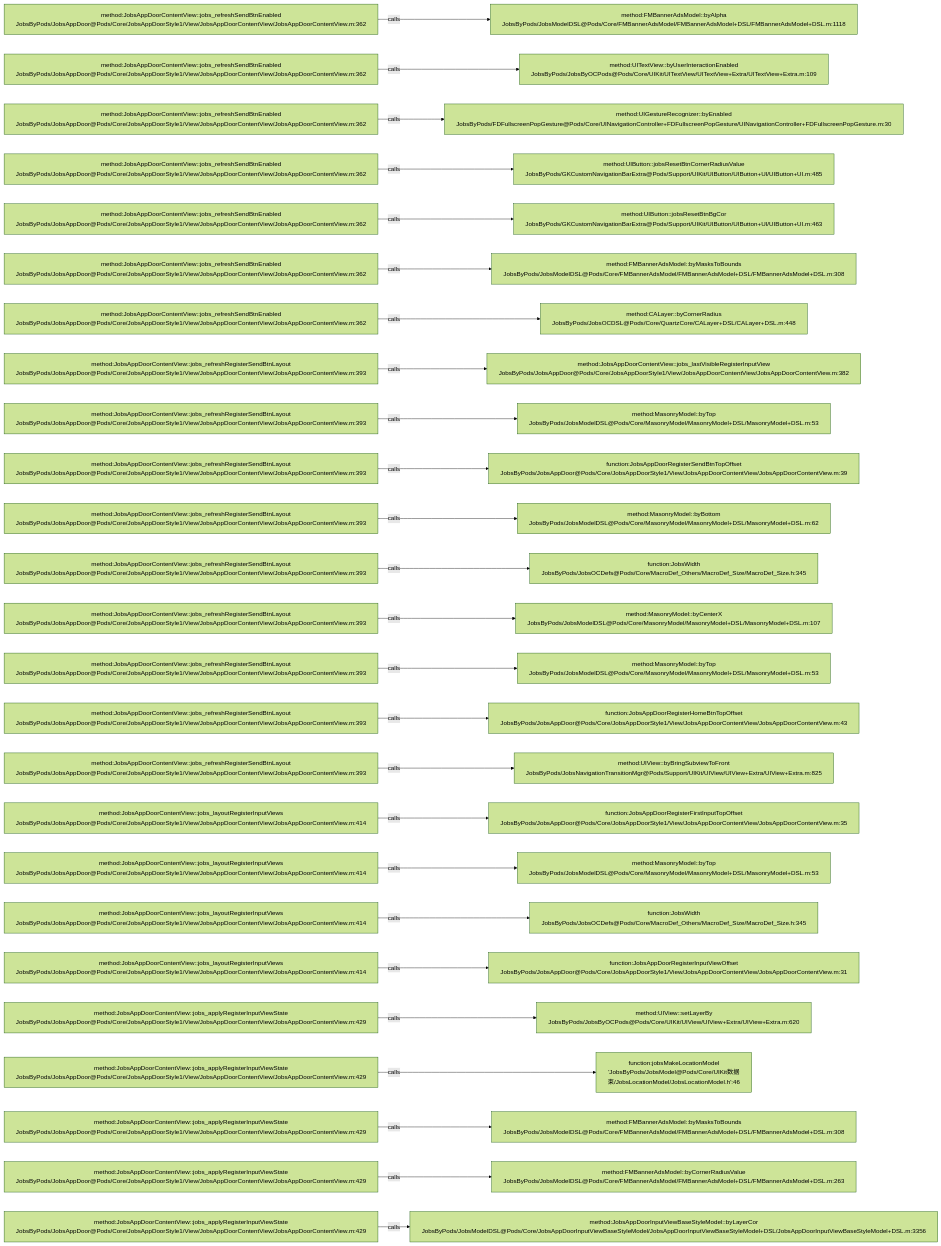
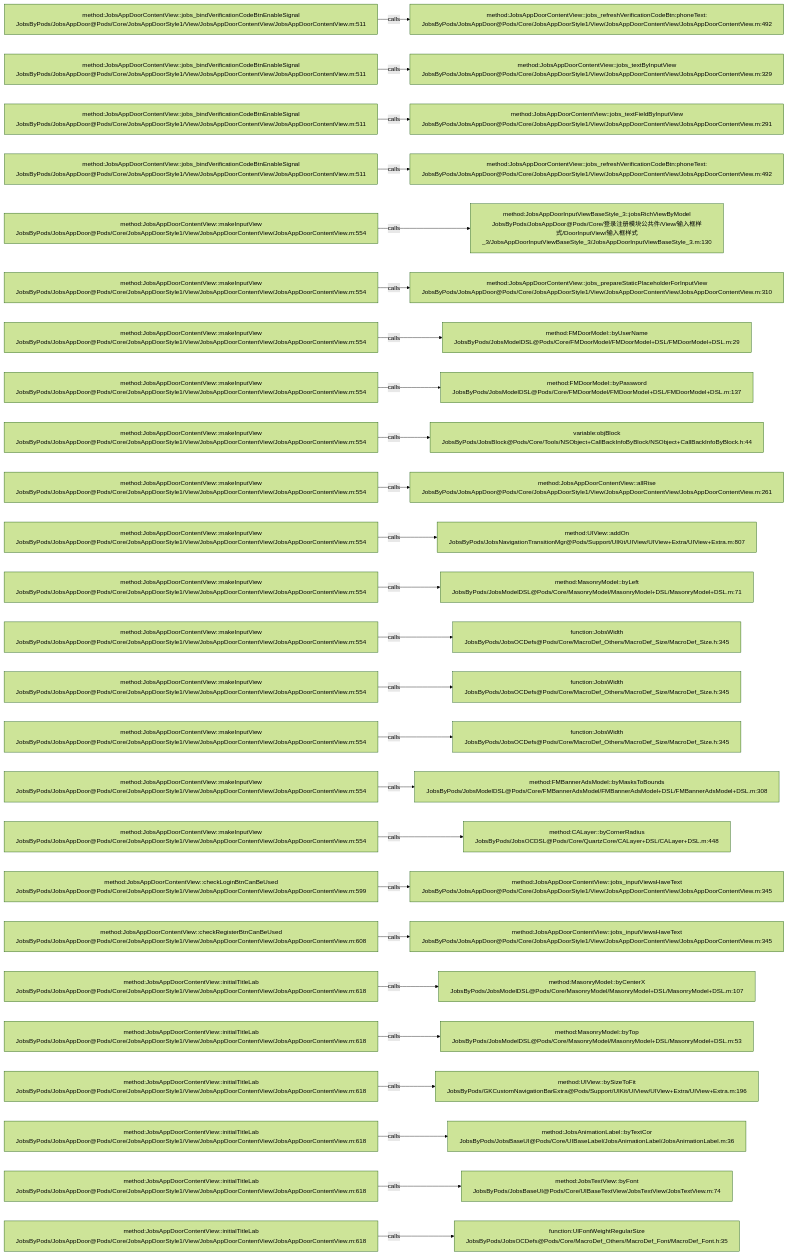
One commit to JobsKits/JobsOCBaseConfigDemo changed the diagram in .codegraph/codegraph.md/graphs/calls-092.md. Above: the diagram before and after it, drawn with Mermaid (forest theme). The commit also changed 223 other files, not shown here.

````diff
--- a/.codegraph/codegraph.md/graphs/calls-092.md
+++ b/.codegraph/codegraph.md/graphs/calls-092.md
@@ -13,78 +13,78 @@
 ```mermaid
 flowchart LR
-  S1["method:JobsAppDoorContentView::jobs_refreshSendBtnEnabled<br/>JobsByPods/JobsAppDoor@Pods/Core/JobsAppDoorStyle1/View/JobsAppDoorContentView/JobsAppDoorContentView.m:362"]
-  T1["method:FMBannerAdsModel::byAlpha<br/>JobsByPods/JobsModelDSL@Pods/Core/FMBannerAdsModel/FMBannerAdsModel+DSL/FMBannerAdsModel+DSL.m:1118"]
+  S1["method:JobsAppDoorContentView::jobs_bindVerificationCodeBtnEnableSignal<br/>JobsByPods/JobsAppDoor@Pods/Core/JobsAppDoorStyle1/View/JobsAppDoorContentView/JobsAppDoorContentView.m:511"]
+  T1["method:JobsAppDoorContentView::jobs_refreshVerificationCodeBtn:phoneText:<br/>JobsByPods/JobsAppDoor@Pods/Core/JobsAppDoorStyle1/View/JobsAppDoorContentView/JobsAppDoorContentView.m:492"]
   S1 -->|calls| T1
-  S2["method:JobsAppDoorContentView::jobs_refreshSendBtnEnabled<br/>JobsByPods/JobsAppDoor@Pods/Core/JobsAppDoorStyle1/View/JobsAppDoorContentView/JobsAppDoorContentView.m:362"]
-  T2["method:UITextView::byUserInteractionEnabled<br/>JobsByPods/JobsByOCPods@Pods/Core/UIKit/UITextView/UITextView+Extra/UITextView+Extra.m:109"]
+  S2["method:JobsAppDoorContentView::jobs_bindVerificationCodeBtnEnableSignal<br/>JobsByPods/JobsAppDoor@Pods/Core/JobsAppDoorStyle1/View/JobsAppDoorContentView/JobsAppDoorContentView.m:511"]
+  T2["method:JobsAppDoorContentView::jobs_textByInputView<br/>JobsByPods/JobsAppDoor@Pods/Core/JobsAppDoorStyle1/View/JobsAppDoorContentView/JobsAppDoorContentView.m:329"]
   S2 -->|calls| T2
-  S3["method:JobsAppDoorContentView::jobs_refreshSendBtnEnabled<br/>JobsByPods/JobsAppDoor@Pods/Core/JobsAppDoorStyle1/View/JobsAppDoorContentView/JobsAppDoorContentView.m:362"]
-  T3["method:UIGestureRecognizer::byEnabled<br/>JobsByPods/FDFullscreenPopGesture@Pods/Core/UINavigationController+FDFullscreenPopGesture/UINavigationController+FDFullscreenPopGesture.m:30"]
+  S3["method:JobsAppDoorContentView::jobs_bindVerificationCodeBtnEnableSignal<br/>JobsByPods/JobsAppDoor@Pods/Core/JobsAppDoorStyle1/View/JobsAppDoorContentView/JobsAppDoorContentView.m:511"]
+  T3["method:JobsAppDoorContentView::jobs_textFieldByInputView<br/>JobsByPods/JobsAppDoor@Pods/Core/JobsAppDoorStyle1/View/JobsAppDoorContentView/JobsAppDoorContentView.m:291"]
   S3 -->|calls| T3
-  S4["method:JobsAppDoorContentView::jobs_refreshSendBtnEnabled<br/>JobsByPods/JobsAppDoor@Pods/Core/JobsAppDoorStyle1/View/JobsAppDoorContentView/JobsAppDoorContentView.m:362"]
-  T4["method:UIButton::jobsResetBtnCornerRadiusValue<br/>JobsByPods/GKCustomNavigationBarExtra@Pods/Support/UIKit/UIButton/UIButton+UI/UIButton+UI.m:485"]
+  S4["method:JobsAppDoorContentView::jobs_bindVerificationCodeBtnEnableSignal<br/>JobsByPods/JobsAppDoor@Pods/Core/JobsAppDoorStyle1/View/JobsAppDoorContentView/JobsAppDoorContentView.m:511"]
+  T4["method:JobsAppDoorContentView::jobs_refreshVerificationCodeBtn:phoneText:<br/>JobsByPods/JobsAppDoor@Pods/Core/JobsAppDoorStyle1/View/JobsAppDoorContentView/JobsAppDoorContentView.m:492"]
   S4 -->|calls| T4
-  S5["method:JobsAppDoorContentView::jobs_refreshSendBtnEnabled<br/>JobsByPods/JobsAppDoor@Pods/Core/JobsAppDoorStyle1/View/JobsAppDoorContentView/JobsAppDoorContentView.m:362"]
-  T5["method:UIButton::jobsResetBtnBgCor<br/>JobsByPods/GKCustomNavigationBarExtra@Pods/Support/UIKit/UIButton/UIButton+UI/UIButton+UI.m:463"]
+  S5["method:JobsAppDoorContentView::makeInputView<br/>JobsByPods/JobsAppDoor@Pods/Core/JobsAppDoorStyle1/View/JobsAppDoorContentView/JobsAppDoorContentView.m:554"]
+  T5["method:JobsAppDoorInputViewBaseStyle_3::jobsRichViewByModel<br/>JobsByPods/JobsAppDoor@Pods/Core/登录注册模块公共件/View/输入框样式/DoorInputView/输入框样式_3/JobsAppDoorInputViewBaseStyle_3/JobsAppDoorInputViewBaseStyle_3.m:130"]
   S5 -->|calls| T5
-  S6["method:JobsAppDoorContentView::jobs_refreshSendBtnEnabled<br/>JobsByPods/JobsAppDoor@Pods/Core/JobsAppDoorStyle1/View/JobsAppDoorContentView/JobsAppDoorContentView.m:362"]
-  T6["method:FMBannerAdsModel::byMasksToBounds<br/>JobsByPods/JobsModelDSL@Pods/Core/FMBannerAdsModel/FMBannerAdsModel+DSL/FMBannerAdsModel+DSL.m:308"]
+  S6["method:JobsAppDoorContentView::makeInputView<br/>JobsByPods/JobsAppDoor@Pods/Core/JobsAppDoorStyle1/View/JobsAppDoorContentView/JobsAppDoorContentView.m:554"]
+  T6["method:JobsAppDoorContentView::jobs_prepareStaticPlaceholderForInputView<br/>JobsByPods/JobsAppDoor@Pods/Core/JobsAppDoorStyle1/View/JobsAppDoorContentView/JobsAppDoorContentView.m:310"]
   S6 -->|calls| T6
-  S7["method:JobsAppDoorContentView::jobs_refreshSendBtnEnabled<br/>JobsByPods/JobsAppDoor@Pods/Core/JobsAppDoorStyle1/View/JobsAppDoorContentView/JobsAppDoorContentView.m:362"]
-  T7["method:CALayer::byCornerRadius<br/>JobsByPods/JobsOCDSL@Pods/Core/QuartzCore/CALayer+DSL/CALayer+DSL.m:448"]
+  S7["method:JobsAppDoorContentView::makeInputView<br/>JobsByPods/JobsAppDoor@Pods/Core/JobsAppDoorStyle1/View/JobsAppDoorContentView/JobsAppDoorContentView.m:554"]
+  T7["method:FMDoorModel::byUserName<br/>JobsByPods/JobsModelDSL@Pods/Core/FMDoorModel/FMDoorModel+DSL/FMDoorModel+DSL.m:29"]
   S7 -->|calls| T7
-  S8["method:JobsAppDoorContentView::jobs_refreshRegisterSendBtnLayout<br/>JobsByPods/JobsAppDoor@Pods/Core/JobsAppDoorStyle1/View/JobsAppDoorContentView/JobsAppDoorContentView.m:393"]
-  T8["method:JobsAppDoorContentView::jobs_lastVisibleRegisterInputView<br/>JobsByPods/JobsAppDoor@Pods/Core/JobsAppDoorStyle1/View/JobsAppDoorContentView/JobsAppDoorContentView.m:382"]
+  S8["method:JobsAppDoorContentView::makeInputView<br/>JobsByPods/JobsAppDoor@Pods/Core/JobsAppDoorStyle1/View/JobsAppDoorContentView/JobsAppDoorContentView.m:554"]
+  T8["method:FMDoorModel::byPassword<br/>JobsByPods/JobsModelDSL@Pods/Core/FMDoorModel/FMDoorModel+DSL/FMDoorModel+DSL.m:137"]
   S8 -->|calls| T8
-  S9["method:JobsAppDoorContentView::jobs_refreshRegisterSendBtnLayout<br/>JobsByPods/JobsAppDoor@Pods/Core/JobsAppDoorStyle1/View/JobsAppDoorContentView/JobsAppDoorContentView.m:393"]
-  T9["method:MasonryModel::byTop<br/>JobsByPods/JobsModelDSL@Pods/Core/MasonryModel/MasonryModel+DSL/MasonryModel+DSL.m:53"]
+  S9["method:JobsAppDoorContentView::makeInputView<br/>JobsByPods/JobsAppDoor@Pods/Core/JobsAppDoorStyle1/View/JobsAppDoorContentView/JobsAppDoorContentView.m:554"]
+  T9["variable:objBlock<br/>JobsByPods/JobsBlock@Pods/Core/Tools/NSObject+CallBackInfoByBlock/NSObject+CallBackInfoByBlock.h:44"]
   S9 -->|calls| T9
-  S10["method:JobsAppDoorContentView::jobs_refreshRegisterSendBtnLayout<br/>JobsByPods/JobsAppDoor@Pods/Core/JobsAppDoorStyle1/View/JobsAppDoorContentView/JobsAppDoorContentView.m:393"]
-  T10["function:JobsAppDoorRegisterSendBtnTopOffset<br/>JobsByPods/JobsAppDoor@Pods/Core/JobsAppDoorStyle1/View/JobsAppDoorContentView/JobsAppDoorContentView.m:39"]
+  S10["method:JobsAppDoorContentView::makeInputView<br/>JobsByPods/JobsAppDoor@Pods/Core/JobsAppDoorStyle1/View/JobsAppDoorContentView/JobsAppDoorContentView.m:554"]
+  T10["method:JobsAppDoorContentView::allRise<br/>JobsByPods/JobsAppDoor@Pods/Core/JobsAppDoorStyle1/View/JobsAppDoorContentView/JobsAppDoorContentView.m:261"]
   S10 -->|calls| T10
-  S11["method:JobsAppDoorContentView::jobs_refreshRegisterSendBtnLayout<br/>JobsByPods/JobsAppDoor@Pods/Core/JobsAppDoorStyle1/View/JobsAppDoorContentView/JobsAppDoorContentView.m:393"]
-  T11["method:MasonryModel::byBottom<br/>JobsByPods/JobsModelDSL@Pods/Core/MasonryModel/MasonryModel+DSL/MasonryModel+DSL.m:62"]
+  S11["method:JobsAppDoorContentView::makeInputView<br/>JobsByPods/JobsAppDoor@Pods/Core/JobsAppDoorStyle1/View/JobsAppDoorContentView/JobsAppDoorContentView.m:554"]
+  T11["method:UIView::addOn<br/>JobsByPods/JobsNavigationTransitionMgr@Pods/Support/UIKit/UIView/UIView+Extra/UIView+Extra.m:807"]
   S11 -->|calls| T11
-  S12["method:JobsAppDoorContentView::jobs_refreshRegisterSendBtnLayout<br/>JobsByPods/JobsAppDoor@Pods/Core/JobsAppDoorStyle1/View/JobsAppDoorContentView/JobsAppDoorContentView.m:393"]
-  T12["function:JobsWidth<br/>JobsByPods/JobsOCDefs@Pods/Core/MacroDef_Others/MacroDef_Size/MacroDef_Size.h:345"]
+  S12["method:JobsAppDoorContentView::makeInputView<br/>JobsByPods/JobsAppDoor@Pods/Core/JobsAppDoorStyle1/View/JobsAppDoorContentView/JobsAppDoorContentView.m:554"]
+  T12["method:MasonryModel::byLeft<br/>JobsByPods/JobsModelDSL@Pods/Core/MasonryModel/MasonryModel+DSL/MasonryModel+DSL.m:71"]
   S12 -->|calls| T12
-  S13["method:JobsAppDoorContentView::jobs_refreshRegisterSendBtnLayout<br/>JobsByPods/JobsAppDoor@Pods/Core/JobsAppDoorStyle1/View/JobsAppDoorContentView/JobsAppDoorContentView.m:393"]
-  T13["method:MasonryModel::byCenterX<br/>JobsByPods/JobsModelDSL@Pods/Core/MasonryModel/MasonryModel+DSL/MasonryModel+DSL.m:107"]
+  S13["method:JobsAppDoorContentView::makeInputView<br/>JobsByPods/JobsAppDoor@Pods/Core/JobsAppDoorStyle1/View/JobsAppDoorContentView/JobsAppDoorContentView.m:554"]
+  T13["function:JobsWidth<br/>JobsByPods/JobsOCDefs@Pods/Core/MacroDef_Others/MacroDef_Size/MacroDef_Size.h:345"]
   S13 -->|calls| T13
-  S14["method:JobsAppDoorContentView::jobs_refreshRegisterSendBtnLayout<br/>JobsByPods/JobsAppDoor@Pods/Core/JobsAppDoorStyle1/View/JobsAppDoorContentView/JobsAppDoorContentView.m:393"]
-  T14["method:MasonryModel::byTop<br/>JobsByPods/JobsModelDSL@Pods/Core/MasonryModel/MasonryModel+DSL/MasonryModel+DSL.m:53"]
+  S14["method:JobsAppDoorContentView::makeInputView<br/>JobsByPods/JobsAppDoor@Pods/Core/JobsAppDoorStyle1/View/JobsAppDoorContentView/JobsAppDoorContentView.m:554"]
+  T14["function:JobsWidth<br/>JobsByPods/JobsOCDefs@Pods/Core/MacroDef_Others/MacroDef_Size/MacroDef_Size.h:345"]
   S14 -->|calls| T14
-  S15["method:JobsAppDoorContentView::jobs_refreshRegisterSendBtnLayout<br/>JobsByPods/JobsAppDoor@Pods/Core/JobsAppDoorStyle1/View/JobsAppDoorContentView/JobsAppDoorContentView.m:393"]
-  T15["function:JobsAppDoorRegisterHomeBtnTopOffset<br/>JobsByPods/JobsAppDoor@Pods/Core/JobsAppDoorStyle1/View/JobsAppDoorContentView/JobsAppDoorContentView.m:43"]
+  S15["method:JobsAppDoorContentView::makeInputView<br/>JobsByPods/JobsAppDoor@Pods/Core/JobsAppDoorStyle1/View/JobsAppDoorContentView/JobsAppDoorContentView.m:554"]
+  T15["function:JobsWidth<br/>JobsByPods/JobsOCDefs@Pods/Core/MacroDef_Others/MacroDef_Size/MacroDef_Size.h:345"]
   S15 -->|calls| T15
-  S16["method:JobsAppDoorContentView::jobs_refreshRegisterSendBtnLayout<br/>JobsByPods/JobsAppDoor@Pods/Core/JobsAppDoorStyle1/View/JobsAppDoorContentView/JobsAppDoorContentView.m:393"]
-  T16["method:UIView::byBringSubviewToFront<br/>JobsByPods/JobsNavigationTransitionMgr@Pods/Support/UIKit/UIView/UIView+Extra/UIView+Extra.m:825"]
+  S16["method:JobsAppDoorContentView::makeInputView<br/>JobsByPods/JobsAppDoor@Pods/Core/JobsAppDoorStyle1/View/JobsAppDoorContentView/JobsAppDoorContentView.m:554"]
+  T16["method:FMBannerAdsModel::byMasksToBounds<br/>JobsByPods/JobsModelDSL@Pods/Core/FMBannerAdsModel/FMBannerAdsModel+DSL/FMBannerAdsModel+DSL.m:308"]
   S16 -->|calls| T16
-  S17["method:JobsAppDoorContentView::jobs_layoutRegisterInputViews<br/>JobsByPods/JobsAppDoor@Pods/Core/JobsAppDoorStyle1/View/JobsAppDoorContentView/JobsAppDoorContentView.m:414"]
-  T17["function:JobsAppDoorRegisterFirstInputTopOffset<br/>JobsByPods/JobsAppDoor@Pods/Core/JobsAppDoorStyle1/View/JobsAppDoorContentView/JobsAppDoorContentView.m:35"]
+  S17["method:JobsAppDoorContentView::makeInputView<br/>JobsByPods/JobsAppDoor@Pods/Core/JobsAppDoorStyle1/View/JobsAppDoorContentView/JobsAppDoorContentView.m:554"]
+  T17["method:CALayer::byCornerRadius<br/>JobsByPods/JobsOCDSL@Pods/Core/QuartzCore/CALayer+DSL/CALayer+DSL.m:448"]
   S17 -->|calls| T17
-  S18["method:JobsAppDoorContentView::jobs_layoutRegisterInputViews<br/>JobsByPods/JobsAppDoor@Pods/Core/JobsAppDoorStyle1/View/JobsAppDoorContentView/JobsAppDoorContentView.m:414"]
-  T18["method:MasonryModel::byTop<br/>JobsByPods/JobsModelDSL@Pods/Core/MasonryModel/MasonryModel+DSL/MasonryModel+DSL.m:53"]
+  S18["method:JobsAppDoorContentView::checkLoginBtnCanBeUsed<br/>JobsByPods/JobsAppDoor@Pods/Core/JobsAppDoorStyle1/View/JobsAppDoorContentView/JobsAppDoorContentView.m:599"]
+  T18["method:JobsAppDoorContentView::jobs_inputViewsHaveText<br/>JobsByPods/JobsAppDoor@Pods/Core/JobsAppDoorStyle1/View/JobsAppDoorContentView/JobsAppDoorContentView.m:345"]
   S18 -->|calls| T18
-  S19["method:JobsAppDoorContentView::jobs_layoutRegisterInputViews<br/>JobsByPods/JobsAppDoor@Pods/Core/JobsAppDoorStyle1/View/JobsAppDoorContentView/JobsAppDoorContentView.m:414"]
-  T19["function:JobsWidth<br/>JobsByPods/JobsOCDefs@Pods/Core/MacroDef_Others/MacroDef_Size/MacroDef_Size.h:345"]
+  S19["method:JobsAppDoorContentView::checkRegisterBtnCanBeUsed<br/>JobsByPods/JobsAppDoor@Pods/Core/JobsAppDoorStyle1/View/JobsAppDoorContentView/JobsAppDoorContentView.m:608"]
+  T19["method:JobsAppDoorContentView::jobs_inputViewsHaveText<br/>JobsByPods/JobsAppDoor@Pods/Core/JobsAppDoorStyle1/View/JobsAppDoorContentView/JobsAppDoorContentView.m:345"]
   S19 -->|calls| T19
-  S20["method:JobsAppDoorContentView::jobs_layoutRegisterInputViews<br/>JobsByPods/JobsAppDoor@Pods/Core/JobsAppDoorStyle1/View/JobsAppDoorContentView/JobsAppDoorContentView.m:414"]
-  T20["function:JobsAppDoorRegisterInputViewOffset<br/>JobsByPods/JobsAppDoor@Pods/Core/JobsAppDoorStyle1/View/JobsAppDoorContentView/JobsAppDoorContentView.m:31"]
+  S20["method:JobsAppDoorContentView::initialTitleLab<br/>JobsByPods/JobsAppDoor@Pods/Core/JobsAppDoorStyle1/View/JobsAppDoorContentView/JobsAppDoorContentView.m:618"]
+  T20["method:MasonryModel::byCenterX<br/>JobsByPods/JobsModelDSL@Pods/Core/MasonryModel/MasonryModel+DSL/MasonryModel+DSL.m:107"]
   S20 -->|calls| T20
-  S21["method:JobsAppDoorContentView::jobs_applyRegisterInputViewState<br/>JobsByPods/JobsAppDoor@Pods/Core/JobsAppDoorStyle1/View/JobsAppDoorContentView/JobsAppDoorContentView.m:429"]
-  T21["method:UIView::setLayerBy<br/>JobsByPods/JobsByOCPods@Pods/Core/UIKit/UIView/UIView+Extra/UIView+Extra.m:620"]
+  S21["method:JobsAppDoorContentView::initialTitleLab<br/>JobsByPods/JobsAppDoor@Pods/Core/JobsAppDoorStyle1/View/JobsAppDoorContentView/JobsAppDoorContentView.m:618"]
+  T21["method:MasonryModel::byTop<br/>JobsByPods/JobsModelDSL@Pods/Core/MasonryModel/MasonryModel+DSL/MasonryModel+DSL.m:53"]
   S21 -->|calls| T21
-  S22["method:JobsAppDoorContentView::jobs_applyRegisterInputViewState<br/>JobsByPods/JobsAppDoor@Pods/Core/JobsAppDoorStyle1/View/JobsAppDoorContentView/JobsAppDoorContentView.m:429"]
-  T22["function:jobsMakeLocationModel<br/>'JobsByPods/JobsModel@Pods/Core/UIKit数据束/JobsLocationModel/JobsLocationModel.h':46"]
+  S22["method:JobsAppDoorContentView::initialTitleLab<br/>JobsByPods/JobsAppDoor@Pods/Core/JobsAppDoorStyle1/View/JobsAppDoorContentView/JobsAppDoorContentView.m:618"]
+  T22["method:UIView::bySizeToFit<br/>JobsByPods/GKCustomNavigationBarExtra@Pods/Support/UIKit/UIView/UIView+Extra/UIView+Extra.m:196"]
   S22 -->|calls| T22
-  S23["method:JobsAppDoorContentView::jobs_applyRegisterInputViewState<br/>JobsByPods/JobsAppDoor@Pods/Core/JobsAppDoorStyle1/View/JobsAppDoorContentView/JobsAppDoorContentView.m:429"]
-  T23["method:FMBannerAdsModel::byMasksToBounds<br/>JobsByPods/JobsModelDSL@Pods/Core/FMBannerAdsModel/FMBannerAdsModel+DSL/FMBannerAdsModel+DSL.m:308"]
+  S23["method:JobsAppDoorContentView::initialTitleLab<br/>JobsByPods/JobsAppDoor@Pods/Core/JobsAppDoorStyle1/View/JobsAppDoorContentView/JobsAppDoorContentView.m:618"]
+  T23["method:JobsAnimationLabel::byTextCor<br/>JobsByPods/JobsBaseUI@Pods/Core/UIBaseLabel/JobsAnimationLabel/JobsAnimationLabel.m:36"]
   S23 -->|calls| T23
-  S24["method:JobsAppDoorContentView::jobs_applyRegisterInputViewState<br/>JobsByPods/JobsAppDoor@Pods/Core/JobsAppDoorStyle1/View/JobsAppDoorContentView/JobsAppDoorContentView.m:429"]
-  T24["method:FMBannerAdsModel::byCornerRadiusValue<br/>JobsByPods/JobsModelDSL@Pods/Core/FMBannerAdsModel/FMBannerAdsModel+DSL/FMBannerAdsModel+DSL.m:263"]
+  S24["method:JobsAppDoorContentView::initialTitleLab<br/>JobsByPods/JobsAppDoor@Pods/Core/JobsAppDoorStyle1/View/JobsAppDoorContentView/JobsAppDoorContentView.m:618"]
+  T24["method:JobsTextView::byFont<br/>JobsByPods/JobsBaseUI@Pods/Core/UIBaseTextView/JobsTextView/JobsTextView.m:74"]
   S24 -->|calls| T24
-  S25["method:JobsAppDoorContentView::jobs_applyRegisterInputViewState<br/>JobsByPods/JobsAppDoor@Pods/Core/JobsAppDoorStyle1/View/JobsAppDoorContentView/JobsAppDoorContentView.m:429"]
-  T25["method:JobsAppDoorInputViewBaseStyleModel::byLayerCor<br/>JobsByPods/JobsModelDSL@Pods/Core/JobsAppDoorInputViewBaseStyleModel/JobsAppDoorInputViewBaseStyleModel+DSL/JobsAppDoorInputViewBaseStyleModel+DSL.m:3356"]
+  S25["method:JobsAppDoorContentView::initialTitleLab<br/>JobsByPods/JobsAppDoor@Pods/Core/JobsAppDoorStyle1/View/JobsAppDoorContentView/JobsAppDoorContentView.m:618"]
+  T25["function:UIFontWeightRegularSize<br/>JobsByPods/JobsOCDefs@Pods/Core/MacroDef_Others/MacroDef_Font/MacroDef_Font.h:35"]
   S25 -->|calls| T25
 ```
````
